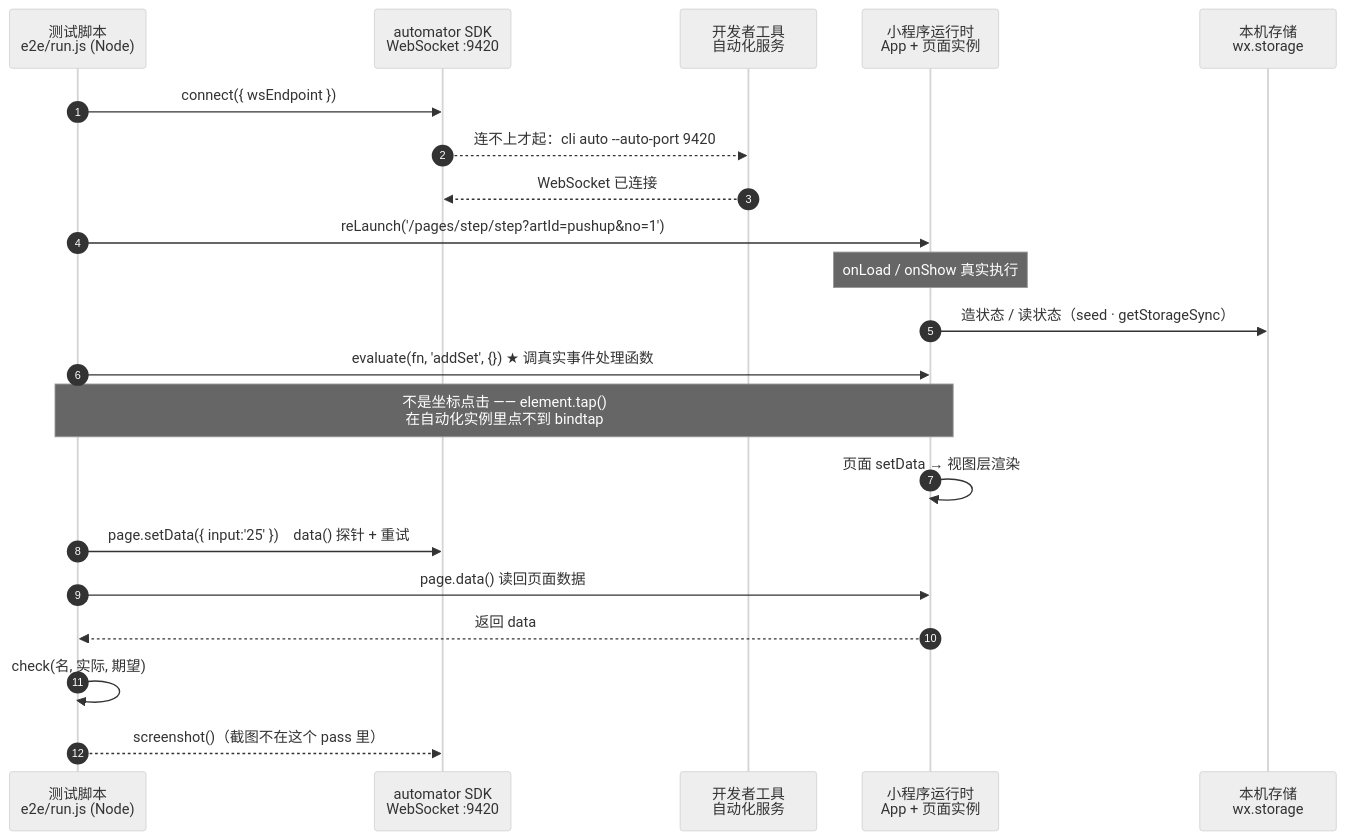
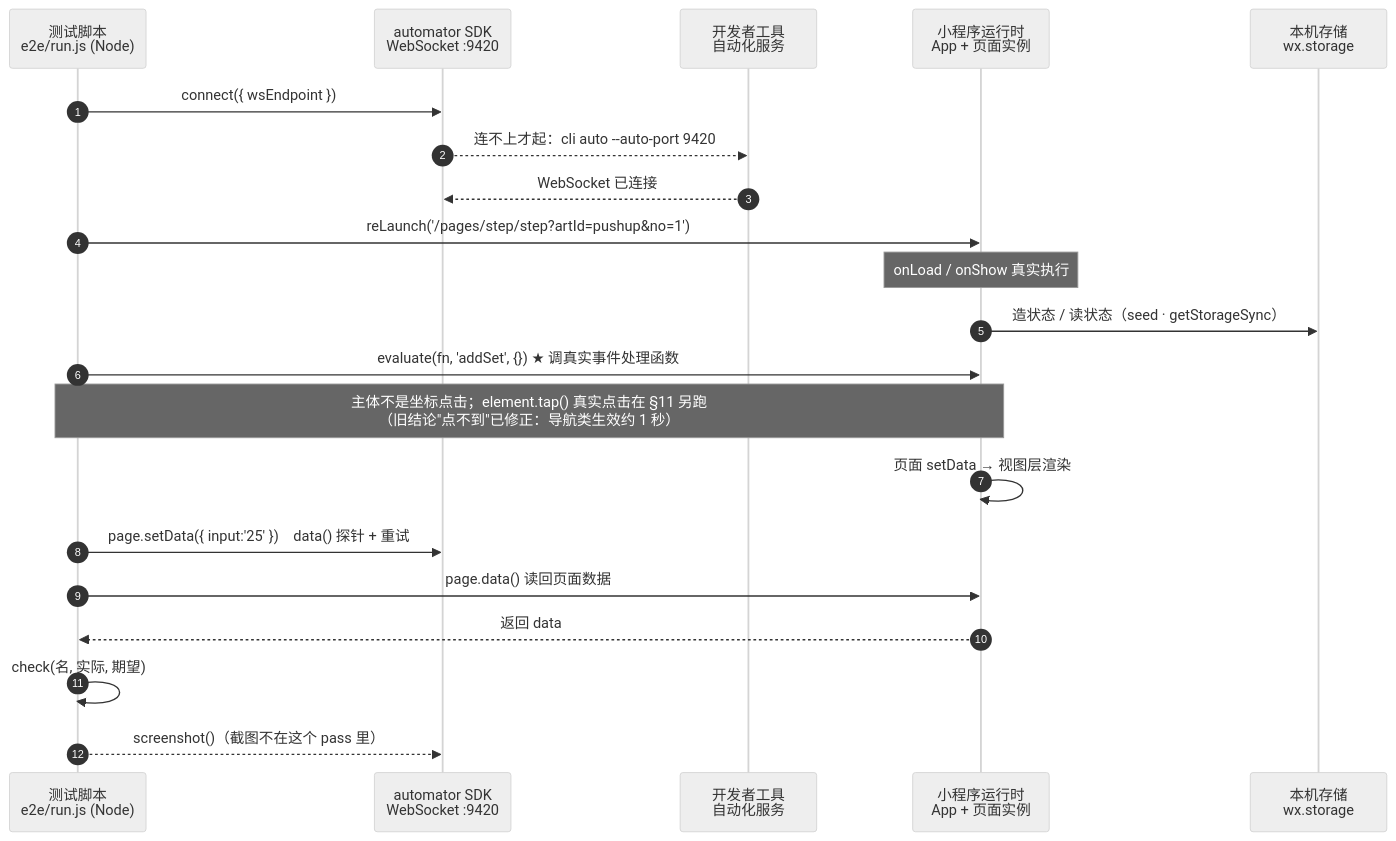
Before and after one commit to FindSunny/fitness-miniapp: the diagram in TESTING-REPORT.md, drawn with Mermaid (neutral theme). The commit also changed other lines of this file and 12 other files, not shown here.

````diff
--- a/TESTING-REPORT.md
+++ b/TESTING-REPORT.md
@@ -159,24 +159,24 @@
 ```mermaid
 sequenceDiagram
     autonumber
     participant T as 测试脚本<br/>e2e/run.js (Node)
     participant S as automator SDK<br/>WebSocket :9420
     participant D as 开发者工具<br/>自动化服务
     participant A as 小程序运行时<br/>App + 页面实例
     participant W as 本机存储<br/>wx.storage
 
     T->>S: connect({ wsEndpoint })
     S-->>D: 连不上才起：cli auto --auto-port 9420
     D-->>S: WebSocket 已连接
     T->>A: reLaunch('/pages/step/step?artId=pushup&no=1')
     Note over A: onLoad / onShow 真实执行
     A->>W: 造状态 / 读状态（seed · getStorageSync）
     T->>A: evaluate(fn, 'addSet', {}) ★ 调真实事件处理函数
-    Note over T,A: 不是坐标点击 —— element.tap()<br/>在自动化实例里点不到 bindtap
+    Note over T,A: 主体不是坐标点击；element.tap() 真实点击在 §11 另跑<br/>（旧结论"点不到"已修正：导航类生效约 1 秒）
     A->>A: 页面 setData → 视图层渲染
     T->>S: page.setData({ input:'25' })　data() 探针 + 重试
     T->>A: page.data() 读回页面数据
     A-->>T: 返回 data
     T->>T: check(名, 实际, 期望)
     T-->>S: screenshot()（截图不在这个 pass 里）
 ```
````
